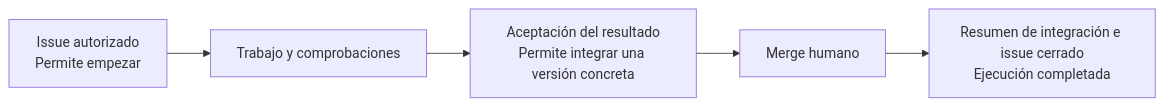
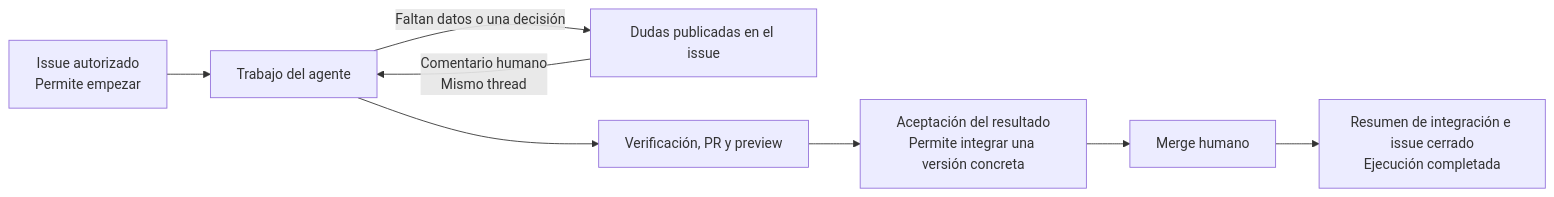
The diagram in docs/manual/README.md (rubenbp/app-foundry), drawn with Mermaid before and after one commit. The commit also changed other lines of this file and 10 other files, not shown here.

````diff
--- a/docs/manual/README.md
+++ b/docs/manual/README.md
@@ -22,7 +24,10 @@
 ```mermaid
 flowchart LR
-    A["Issue autorizado<br/>Permite empezar"] --> B["Trabajo y comprobaciones"]
-    B --> C["Aceptación del resultado<br/>Permite integrar una versión concreta"]
+    A["Issue autorizado<br/>Permite empezar"] --> B["Trabajo del agente"]
+    B -->|"Faltan datos o una decisión"| Q["Dudas publicadas en el issue"]
+    Q -->|"Comentario humano<br/>Mismo thread"| B
+    B --> V["Verificación, PR y preview"]
+    V --> C["Aceptación del resultado<br/>Permite integrar una versión concreta"]
     C --> D["Merge humano"]
     D --> E["Resumen de integración e issue cerrado<br/>Ejecución completada"]
 ```
````
